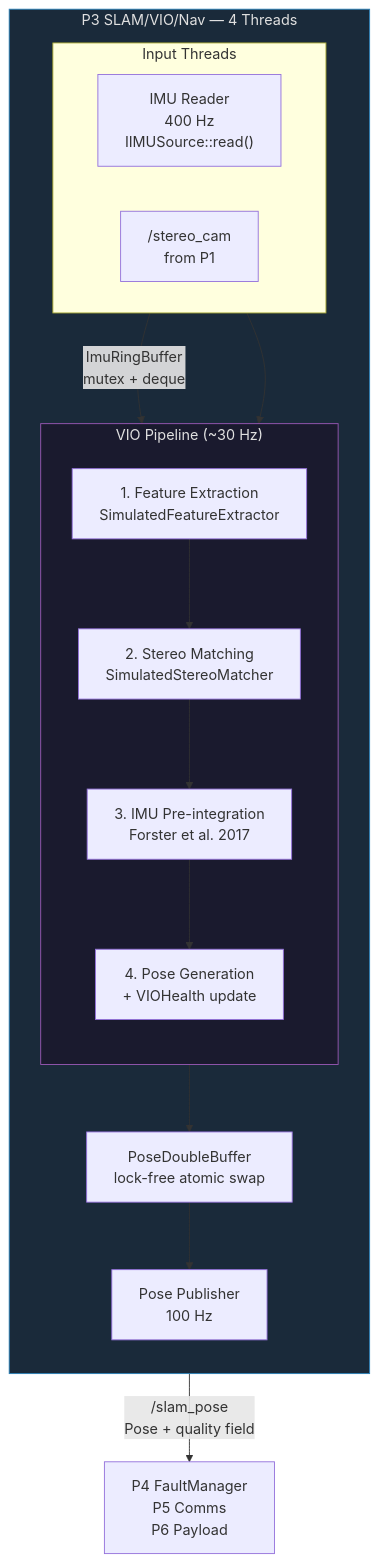
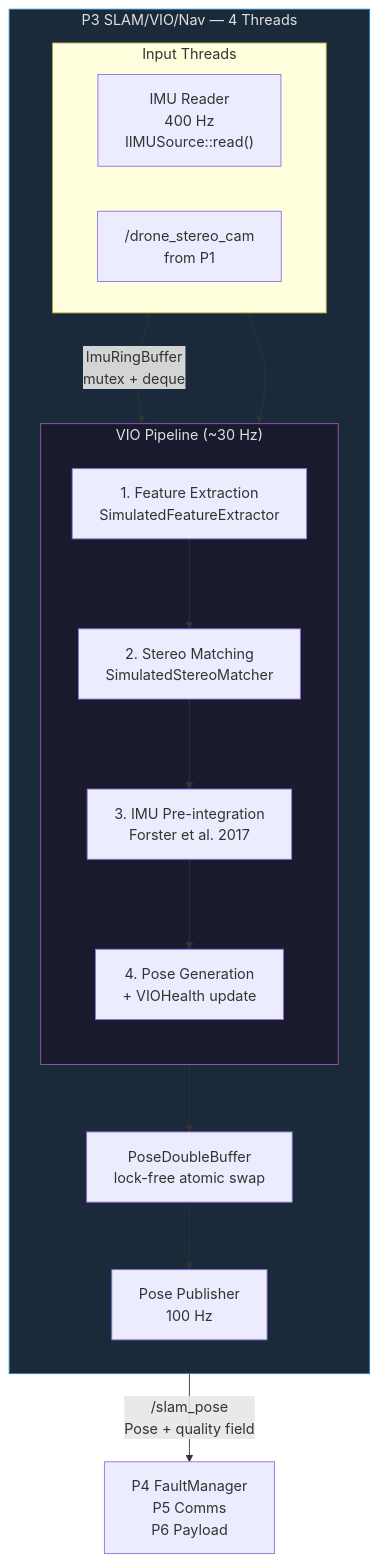
One commit to nmohamaya/companion_software_stack changed the diagram in docs/slam_vio_nav_design.md. Above: the diagram before and after it, drawn with Mermaid. The commit also changed 3 other files, not shown here.

````diff
--- a/docs/slam_vio_nav_design.md
+++ b/docs/slam_vio_nav_design.md
@@ -69,32 +69,32 @@
 ```mermaid
 graph TD
     subgraph P3["P3 SLAM/VIO/Nav — 4 Threads"]
         direction TB
         subgraph Input["Input Threads"]
             direction LR
             IMU_T["IMU Reader\n400 Hz\nIIMUSource::read()"]
-            Stereo["/stereo_cam\nfrom P1"]
+            Stereo["/drone_stereo_cam\nfrom P1"]
         end
 
         subgraph Pipeline["VIO Pipeline (~30 Hz)"]
             direction TB
             FE["1. Feature Extraction\nSimulatedFeatureExtractor"]
             SM["2. Stereo Matching\nSimulatedStereoMatcher"]
             PI["3. IMU Pre-integration\nForster et al. 2017"]
             PG["4. Pose Generation\n+ VIOHealth update"]
             FE --> SM --> PI --> PG
         end
 
         PDB["PoseDoubleBuffer\nlock-free atomic swap"]
         Pub["Pose Publisher\n100 Hz"]
 
         PG --> PDB --> Pub
     end
 
     IMU_T -->|"ImuRingBuffer\nmutex + deque"| Pipeline
     Stereo --> Pipeline
     Pub -->|"/slam_pose\nPose + quality field"| Consumers["P4 FaultManager\nP5 Comms\nP6 Payload"]
 
     style P3 fill:#1a2a3a,stroke:#2980b9,color:#e0e0e0
     style Pipeline fill:#1a1a2e,stroke:#9b59b6,color:#e0e0e0
 ```
````
